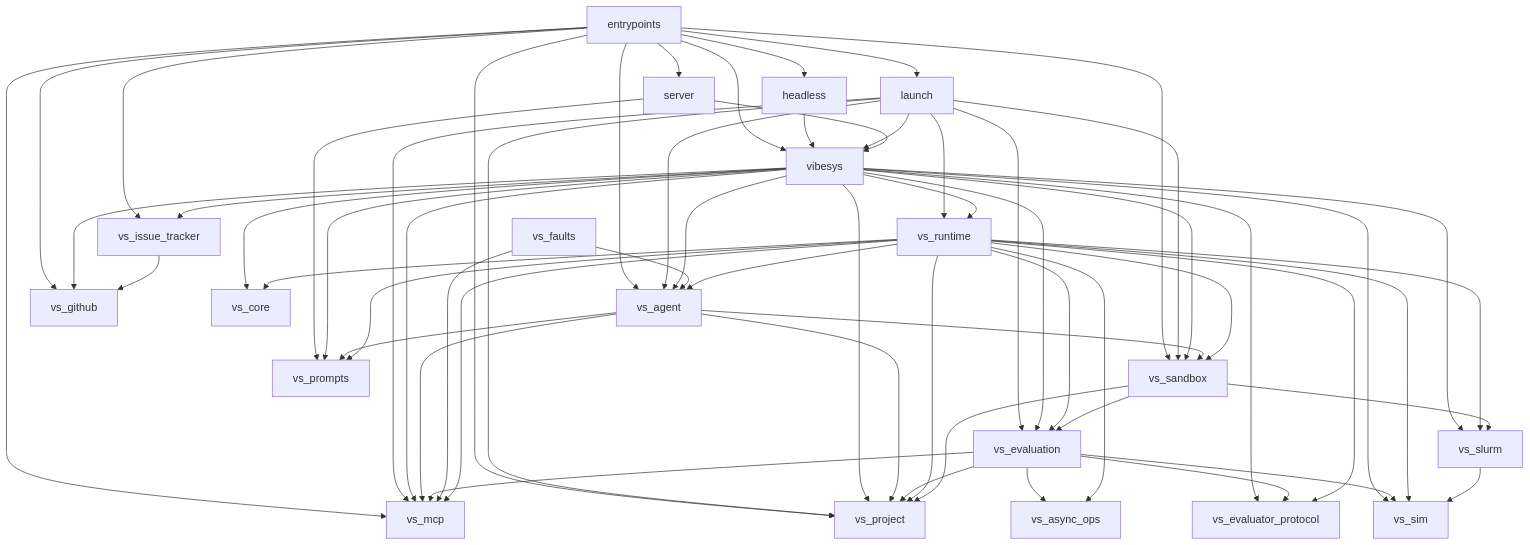
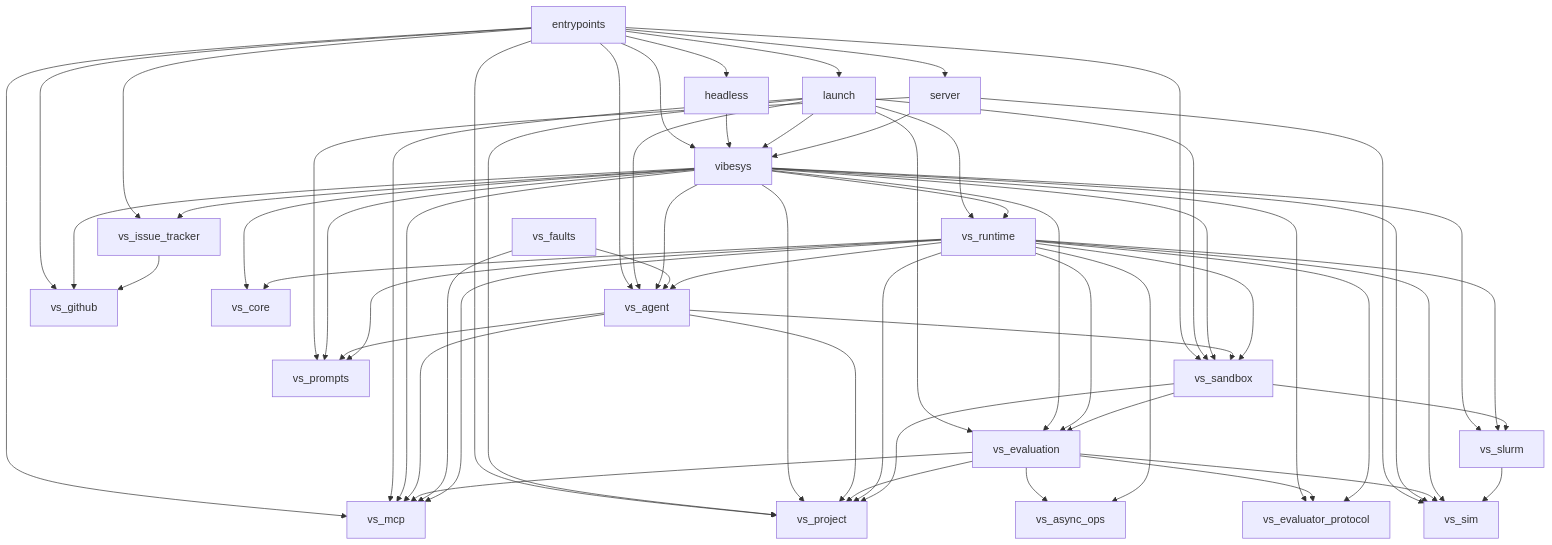
The diagram in docs/contributing/architecture.md (uw-syfi/vibesys), drawn with Mermaid before and after one commit. The commit also changed 9 other files, not shown here.

First line of the commit message:
refactor(server): read time through vs_sim Clock and bound test waits

````diff
--- a/docs/contributing/architecture.md
+++ b/docs/contributing/architecture.md
@@ -104,63 +104,64 @@
 ```mermaid
 graph TD
     entrypoints --> headless
     entrypoints --> launch
     entrypoints --> server
     entrypoints --> vibesys
     entrypoints --> vs_agent
     entrypoints --> vs_github
     entrypoints --> vs_issue_tracker
     entrypoints --> vs_mcp
     entrypoints --> vs_project
     entrypoints --> vs_sandbox
     headless --> vibesys
     launch --> vibesys
     launch --> vs_agent
     launch --> vs_evaluation
     launch --> vs_mcp
     launch --> vs_project
     launch --> vs_runtime
     launch --> vs_sandbox
     server --> vibesys
     server --> vs_prompts
+    server --> vs_sim
     vibesys --> vs_agent
     vibesys --> vs_core
     vibesys --> vs_evaluation
     vibesys --> vs_evaluator_protocol
     vibesys --> vs_github
     vibesys --> vs_issue_tracker
     vibesys --> vs_mcp
     vibesys --> vs_project
     vibesys --> vs_prompts
     vibesys --> vs_runtime
     vibesys --> vs_sandbox
     vibesys --> vs_sim
     vibesys --> vs_slurm
     vs_agent --> vs_mcp
     vs_agent --> vs_project
     vs_agent --> vs_prompts
     vs_agent --> vs_sandbox
     vs_evaluation --> vs_async_ops
     vs_evaluation --> vs_evaluator_protocol
     vs_evaluation --> vs_mcp
     vs_evaluation --> vs_project
     vs_evaluation --> vs_sim
     vs_faults --> vs_agent
     vs_faults --> vs_mcp
     vs_issue_tracker --> vs_github
     vs_runtime --> vs_agent
     vs_runtime --> vs_async_ops
     vs_runtime --> vs_core
     vs_runtime --> vs_evaluation
     vs_runtime --> vs_evaluator_protocol
     vs_runtime --> vs_mcp
     vs_runtime --> vs_project
     vs_runtime --> vs_prompts
     vs_runtime --> vs_sandbox
     vs_runtime --> vs_sim
     vs_runtime --> vs_slurm
     vs_sandbox --> vs_evaluation
     vs_sandbox --> vs_project
     vs_sandbox --> vs_slurm
     vs_slurm --> vs_sim
 ```
````
